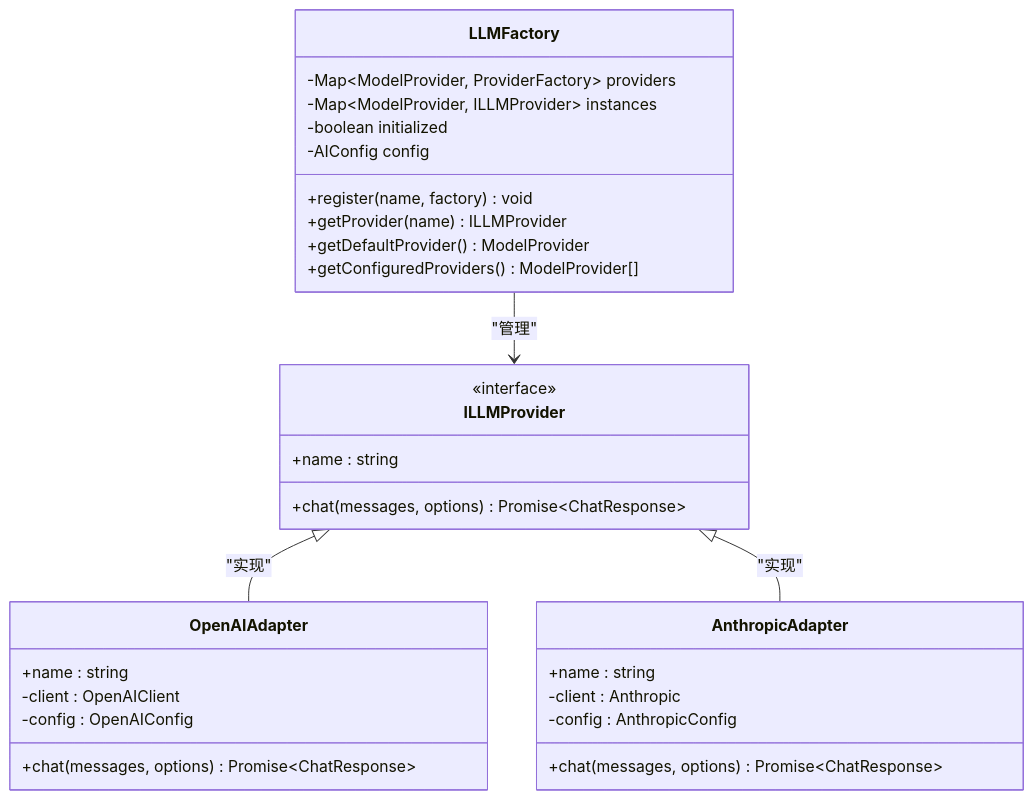
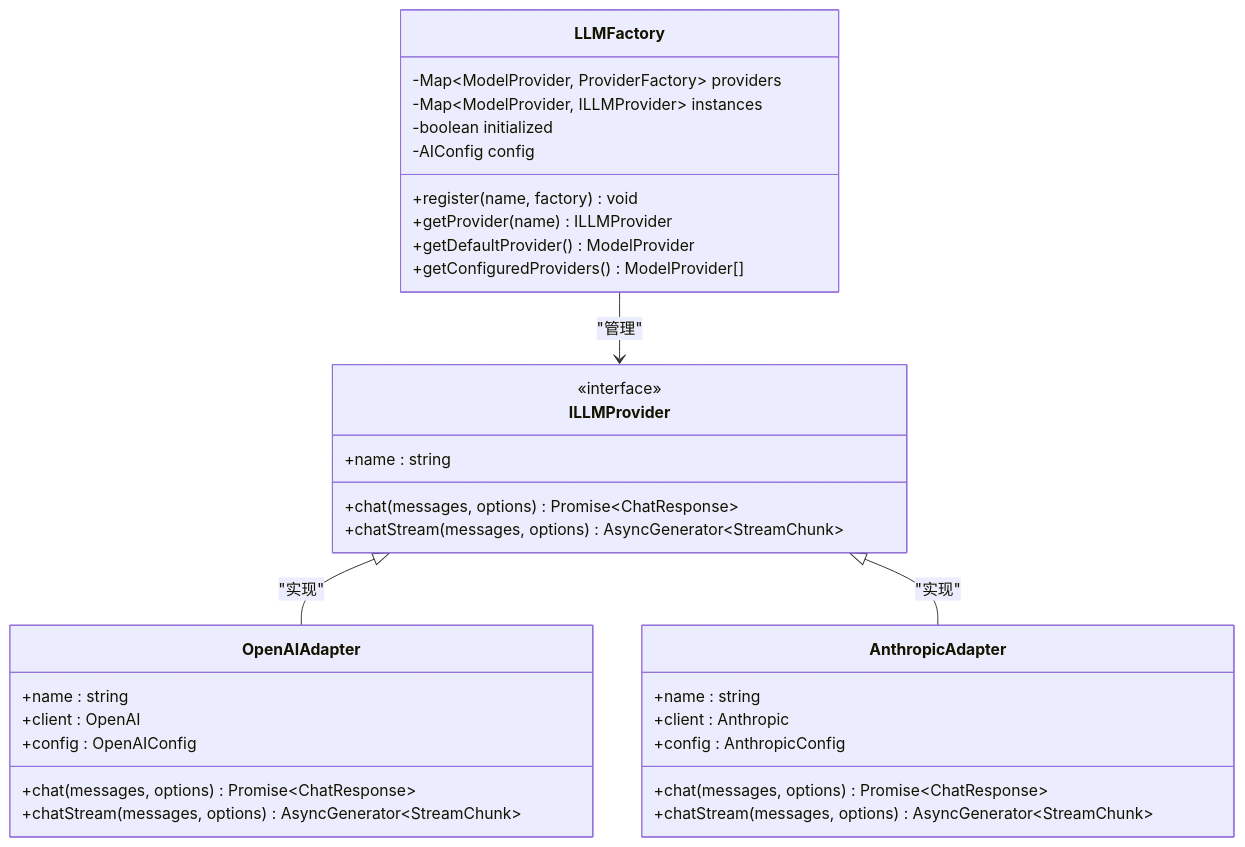
The second of 15 diagrams in .qoder/repowiki/zh/content/项目概述/整体架构概览/AI提供程序集成.md (CryptoLinxu/Web3-AI-Agent), drawn with Mermaid before and after one commit. The commit also changed other lines of this file and 5 other files, not shown here.

````diff
--- a/.qoder/repowiki/zh/content/项目概述/整体架构概览/AI提供程序集成.md
+++ b/.qoder/repowiki/zh/content/项目概述/整体架构概览/AI提供程序集成.md
@@ -119,33 +128,36 @@
 ```mermaid
 classDiagram
 class LLMFactory {
 -Map~ModelProvider, ProviderFactory~ providers
 -Map~ModelProvider, ILLMProvider~ instances
 -boolean initialized
 -AIConfig config
 +register(name, factory) void
 +getProvider(name) ILLMProvider
 +getDefaultProvider() ModelProvider
 +getConfiguredProviders() ModelProvider[]
 }
 class ILLMProvider {
 <<interface>>
 +name : string
 +chat(messages, options) Promise~ChatResponse~
++chatStream(messages, options) AsyncGenerator~StreamChunk~
 }
 class OpenAIAdapter {
 +name : string
--client : OpenAIClient
--config : OpenAIConfig
++client : OpenAI
++config : OpenAIConfig
 +chat(messages, options) Promise~ChatResponse~
++chatStream(messages, options) AsyncGenerator~StreamChunk~
 }
 class AnthropicAdapter {
 +name : string
--client : Anthropic
--config : AnthropicConfig
++client : Anthropic
++config : AnthropicConfig
 +chat(messages, options) Promise~ChatResponse~
++chatStream(messages, options) AsyncGenerator~StreamChunk~
 }
 LLMFactory --> ILLMProvider : "管理"
 ILLMProvider <|-- OpenAIAdapter : "实现"
 ILLMProvider <|-- AnthropicAdapter : "实现"
 ```
````
